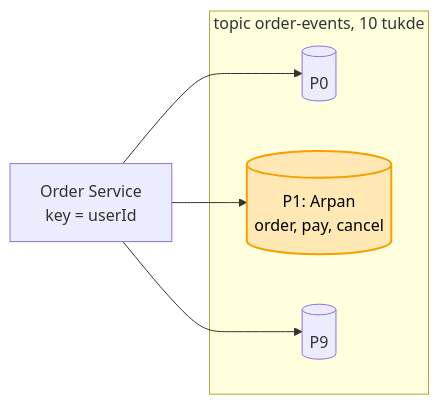
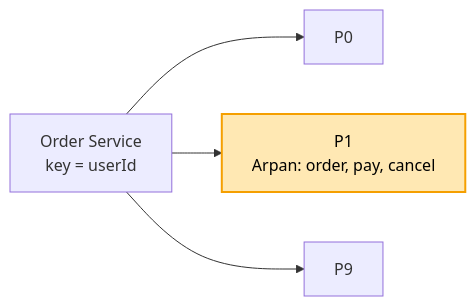
One commit to ArpanMaheshwari144/Prep changed the third of 8 diagrams in 04_HLD/SYSTEM_DESIGNS/12_message_queue_kafka/KAFKA_HAND_NOTES.md. Above: the diagram before and after it, drawn with Mermaid. The commit also changed other lines of this file and 1 other file, not shown here.

Commit message:
HLD kafka: notes dobara (chhoti kahani lines) + 3 cross-Q dono file me (lag 7 din, min.insync pe order, SMS company band = breaker) + diagram saaf

````diff
--- a/04_HLD/SYSTEM_DESIGNS/12_message_queue_kafka/KAFKA_HAND_NOTES.md
+++ b/04_HLD/SYSTEM_DESIGNS/12_message_queue_kafka/KAFKA_HAND_NOTES.md
@@ -68,10 +62,7 @@
 ```mermaid
 flowchart LR
-    O["Order Service<br/>key = userId"] --> P0 & P1 & P9
-    subgraph T["topic order-events, 10 tukde"]
-        P0[("P0")]
-        P1[("P1: Arpan<br/>order, pay, cancel")]
-        P9[("P9")]
-    end
+    O["Order Service<br/>key = userId"] --> P0["P0"]
+    O --> P1["P1<br/>Arpan: order, pay, cancel"]
+    O --> P9["P9"]
     style P1 fill:#ffe8b3,stroke:#f59f00,stroke-width:2px,color:#000
 ```
````
